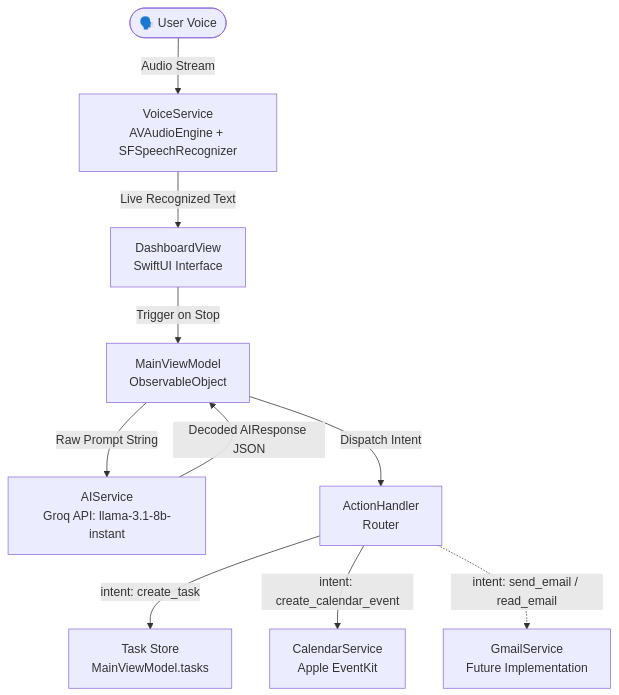
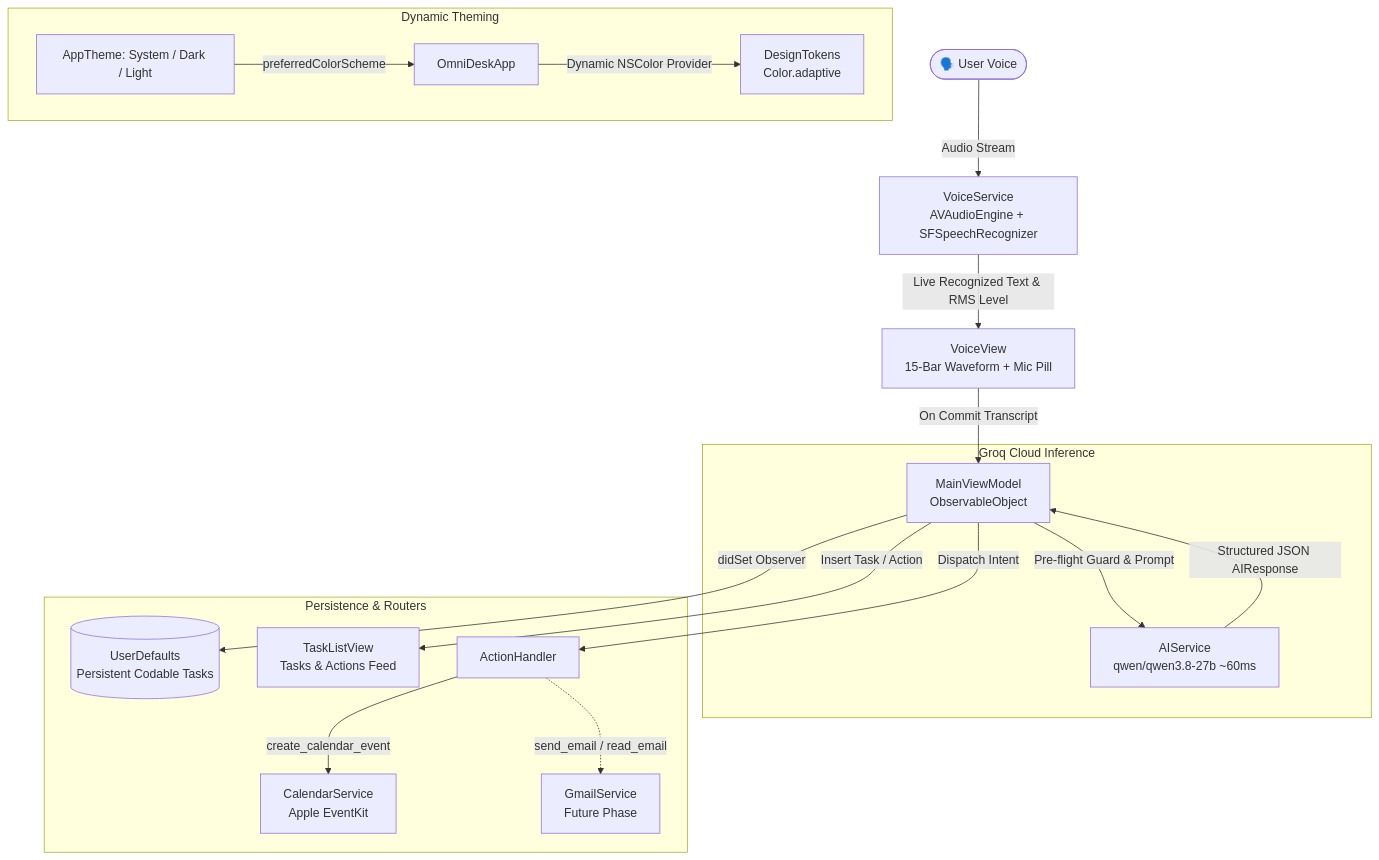
Before and after one commit to Dhruvil05Patel/OmniDesk: the diagram in README.md, drawn with Mermaid. The commit also changed other lines of this file, not shown here.

Commit message:
Update README.md with voice pipeline, persistence, theme engine, and compact skill documentation

````diff
--- a/README.md
+++ b/README.md
@@ -22,12 +49,24 @@
 ```mermaid
 flowchart TD
     User([🗣️ User Voice]) -->|Audio Stream| VS[VoiceService\nAVAudioEngine + SFSpeechRecognizer]
-    VS -->|Live Recognized Text| DBV[DashboardView\nSwiftUI Interface]
-    DBV -->|Trigger on Stop| MVM[MainViewModel\nObservableObject]
-    MVM -->|Raw Prompt String| AIS[AIService\nGroq API: llama-3.1-8b-instant]
-    AIS -->|Decoded AIResponse JSON| MVM
-    MVM -->|Dispatch Intent| AH[ActionHandler\nRouter]
-    AH -->|intent: create_task| TaskList[Task Store\nMainViewModel.tasks]
-    AH -->|intent: create_calendar_event| CS[CalendarService\nApple EventKit]
-    AH -.->|intent: send_email / read_email| GS[GmailService\nFuture Implementation]
+    VS -->|Live Recognized Text & RMS Level| VV[VoiceView\n15-Bar Waveform + Mic Pill]
+    VV -->|On Commit Transcript| MVM[MainViewModel\nObservableObject]
+    
+    subgraph AI Pipeline [Groq Cloud Inference]
+        MVM -->|Pre-flight Guard & Prompt| AIS[AIService\nqwen/qwen3.8-27b ~60ms]
+        AIS -->|Structured JSON AIResponse| MVM
+    end
+    
+    subgraph Storage & Actions [Persistence & Routers]
+        MVM -->|didSet Observer| UD[(UserDefaults\nPersistent Codable Tasks)]
+        MVM -->|Insert Task / Action| TLV[TaskListView\nTasks & Actions Feed]
+        MVM -->|Dispatch Intent| AH[ActionHandler]
+        AH -->|create_calendar_event| CS[CalendarService\nApple EventKit]
+        AH -.->|send_email / read_email| GS[GmailService\nFuture Phase]
+    end
+    
+    subgraph Appearance Engine [Dynamic Theming]
+        AppTheme[AppTheme: System / Dark / Light] -->|preferredColorScheme| App[OmniDeskApp]
+        App -->|Dynamic NSColor Provider| DT[DesignTokens\nColor.adaptive]
+    end
 ```
````
